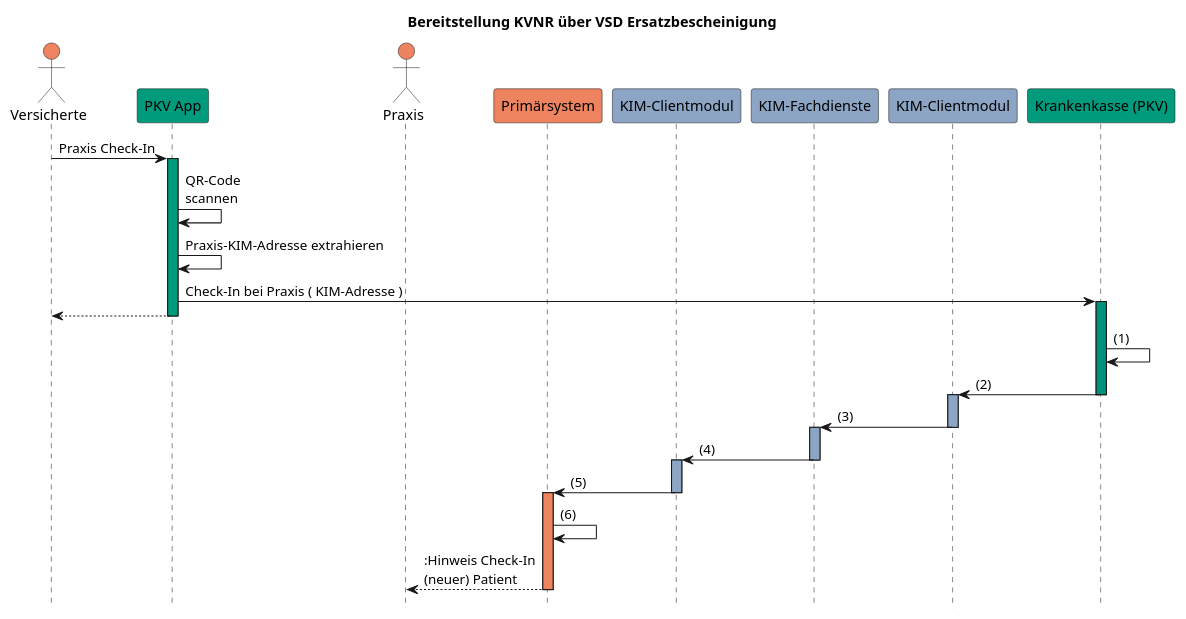
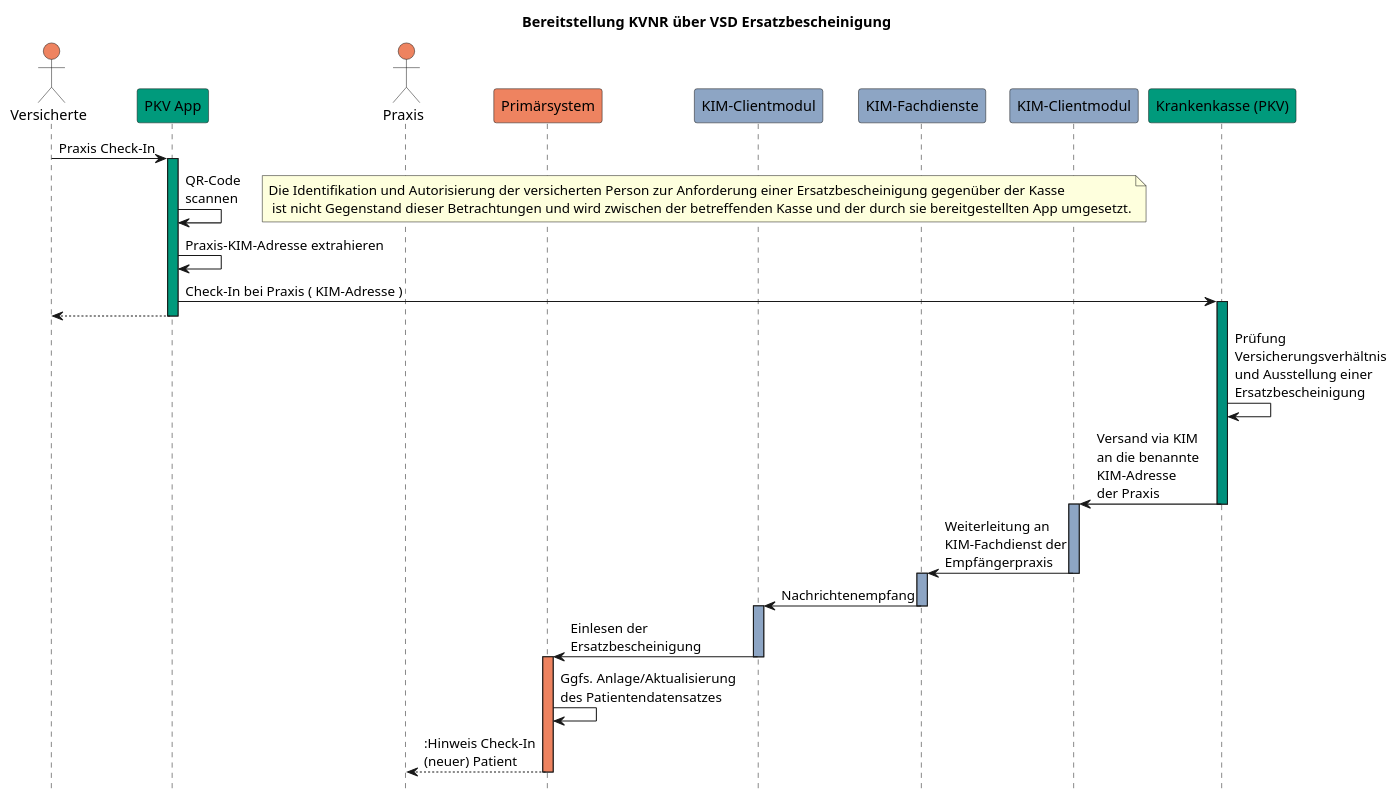
The diagram in ImplementationGuide/images/pkv_ersatzverfahren.puml (gematik/spec-VSDM-Ersatzbescheinigung), drawn with PlantUML before and after one commit. The commit also changed 4 other files, not shown here.

Commit message:
Update diagrams

```diff
--- a/ImplementationGuide/images/pkv_ersatzverfahren.puml
+++ b/ImplementationGuide/images/pkv_ersatzverfahren.puml
@@ -1,39 +1,40 @@
 @startuml pkv_ersatzverfahren
 
 hide footbox
 title Bereitstellung KVNR über VSD Ersatzbescheinigung
 actor Vers as "Versicherte" #ee8360
 participant App as "PKV App" #009a7c
 actor LE as "Praxis" #ee8360
 participant PVS as "Primärsystem" #ee8360
 participant KIMCM1 as "KIM-Clientmodul" #8da5c4
 participant KIMFD as "KIM-Fachdienste" #8da5c4
 participant KIMCM2 as "KIM-Clientmodul" #8da5c4
 participant Kasse as "Krankenkasse (PKV)" #009a7c
 
 Vers -> App: Praxis Check-In
 activate App #009a7c
 App -> App: QR-Code\nscannen
+note right: Die Identifikation und Autorisierung der versicherten Person zur Anforderung einer Ersatzbescheinigung gegenüber der Kasse\n ist nicht Gegenstand dieser Betrachtungen und wird zwischen der betreffenden Kasse und der durch sie bereitgestellten App umgesetzt.
 App -> App: Praxis-KIM-Adresse extrahieren
 App -> Kasse: Check-In bei Praxis ( KIM-Adresse )
 activate Kasse #00907c
 App --> Vers:
 deactivate App
-Kasse -> Kasse: (1)
-Kasse -> KIMCM2: (2)
+Kasse -> Kasse: Prüfung\nVersicherungsverhältnis\nund Ausstellung einer\nErsatzbescheinigung
+Kasse -> KIMCM2: Versand via KIM\nan die benannte\nKIM-Adresse\nder Praxis
 deactivate Kasse
 activate KIMCM2 #8da5c4
-KIMCM2 -> KIMFD: (3)
+KIMCM2 -> KIMFD: Weiterleitung an\nKIM-Fachdienst der\nEmpfängerpraxis
 deactivate KIMCM2
 activate KIMFD #8da5c4
-KIMFD -> KIMCM1: (4)
+KIMFD -> KIMCM1: Nachrichtenempfang
 deactivate KIMFD
 activate KIMCM1 #8da5c4
-KIMCM1 -> PVS: (5)
+KIMCM1 -> PVS: Einlesen der\nErsatzbescheinigung
 deactivate KIMCM1
 activate PVS #ee8360
-PVS -> PVS: (6)
+PVS -> PVS: Ggfs. Anlage/Aktualisierung\ndes Patientendatensatzes
 PVS ---> LE: :Hinweis Check-In\n(neuer) Patient
 deactivate PVS
 
 @enduml
```
